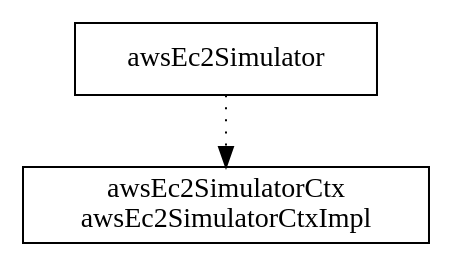
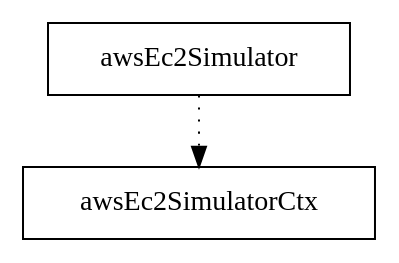
The diagram in model/bdp/aws_ec2.dot (MiniMarvin/sistemas-criticos), drawn with Graphviz before and after one commit. The commit also changed 47 other files, not shown here.

```diff
--- a/model/bdp/aws_ec2.dot
+++ b/model/bdp/aws_ec2.dot
@@ -1,6 +1,6 @@
 digraph {
 awsEc2Simulator [ label=" awsEc2Simulator " shape= box ]
-awsEc2SimulatorCtxImpl [ label=" awsEc2SimulatorCtx\nawsEc2SimulatorCtxImpl " shape= box ]
+awsEc2SimulatorCtx [ label=" awsEc2SimulatorCtx " shape= box ]
 
-"awsEc2Simulator" -> "awsEc2SimulatorCtxImpl" [style= dotted ]
+"awsEc2Simulator" -> "awsEc2SimulatorCtx" [style= dotted ]
 }
```
